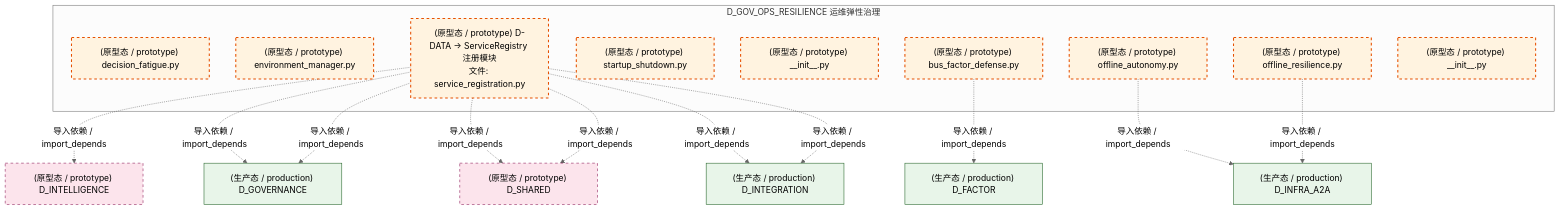
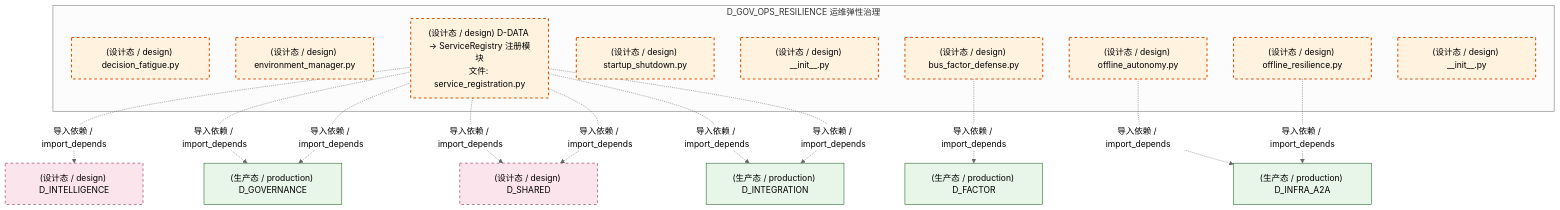
The fifth of 6 diagrams in docs/02_enterprise_architecture/02_domain_architecture_docs/17_d_gov_ops_resilience.md (xuanFelixVan/ZephyrAlpha), drawn with Mermaid (neutral theme) before and after one commit. The commit also changed other lines of this file and 177 other files, not shown here.

````diff
--- a/docs/02_enterprise_architecture/02_domain_architecture_docs/17_d_gov_ops_resilience.md
+++ b/docs/02_enterprise_architecture/02_domain_architecture_docs/17_d_gov_ops_resilience.md
@@ -569,37 +568,37 @@
 ```mermaid
 graph TD
     subgraph D_GOV_OPS_RESILIENCE["D_GOV_OPS_RESILIENCE 运维弹性治理"]
-        src_zephyr_governance_ops_governance_decision_fatigue_py["(原型态 / prototype) decision_fatigue.py"]
-        src_zephyr_governance_ops_governance_environment_manager_py["(原型态 / prototype) environment_manager.py"]
-        src_zephyr_governance_ops_governance_service_registration_py["(原型态 / prototype) D-DATA -> ServiceRegistry 注册模块<br/>文件: service_registration.py"]
-        src_zephyr_governance_ops_governance_startup_shutdown_py["(原型态 / prototype) startup_shutdown.py"]
-        src_zephyr_governance_resilience_governance_init_py["(原型态 / prototype) __init__.py"]
-        src_zephyr_governance_resilience_governance_bus_factor_defense_py["(原型态 / prototype) bus_factor_defense.py"]
-        src_zephyr_governance_resilience_governance_offline_autonomy_py["(原型态 / prototype) offline_autonomy.py"]
-        src_zephyr_governance_resilience_governance_offline_resilience_py["(原型态 / prototype) offline_resilience.py"]
-        src_zephyr_governance_security_governance_init_py["(原型态 / prototype) __init__.py"]
+        src_zephyr_governance_ops_governance_decision_fatigue_py["(设计态 / design) decision_fatigue.py"]
+        src_zephyr_governance_ops_governance_environment_manager_py["(设计态 / design) environment_manager.py"]
+        src_zephyr_governance_ops_governance_service_registration_py["(设计态 / design) D-DATA -> ServiceRegistry 注册模块<br/>文件: service_registration.py"]
+        src_zephyr_governance_ops_governance_startup_shutdown_py["(设计态 / design) startup_shutdown.py"]
+        src_zephyr_governance_resilience_governance_init_py["(设计态 / design) __init__.py"]
+        src_zephyr_governance_resilience_governance_bus_factor_defense_py["(设计态 / design) bus_factor_defense.py"]
+        src_zephyr_governance_resilience_governance_offline_autonomy_py["(设计态 / design) offline_autonomy.py"]
+        src_zephyr_governance_resilience_governance_offline_resilience_py["(设计态 / design) offline_resilience.py"]
+        src_zephyr_governance_security_governance_init_py["(设计态 / design) __init__.py"]
     end
     D_INFRA_A2A["(生产态 / production) D_INFRA_A2A"]
     src_zephyr_governance_resilience_governance_offline_autonomy_py -.->|导入依赖 / import_depends| D_INFRA_A2A
-    D_INTELLIGENCE["(原型态 / prototype) D_INTELLIGENCE"]
+    D_INTELLIGENCE["(设计态 / design) D_INTELLIGENCE"]
     src_zephyr_governance_ops_governance_service_registration_py -.->|导入依赖 / import_depends| D_INTELLIGENCE
     D_GOVERNANCE["(生产态 / production) D_GOVERNANCE"]
     src_zephyr_governance_ops_governance_service_registration_py -.->|导入依赖 / import_depends| D_GOVERNANCE
-    D_SHARED["(原型态 / prototype) D_SHARED"]
+    D_SHARED["(设计态 / design) D_SHARED"]
     src_zephyr_governance_ops_governance_service_registration_py -.->|导入依赖 / import_depends| D_SHARED
     src_zephyr_governance_ops_governance_service_registration_py -.->|导入依赖 / import_depends| D_GOVERNANCE
     src_zephyr_governance_resilience_governance_offline_resilience_py -.->|导入依赖 / import_depends| D_INFRA_A2A
     src_zephyr_governance_ops_governance_service_registration_py -.->|导入依赖 / import_depends| D_SHARED
     D_FACTOR["(生产态 / production) D_FACTOR"]
     src_zephyr_governance_resilience_governance_bus_factor_defense_py -.->|导入依赖 / import_depends| D_FACTOR
     D_INTEGRATION["(生产态 / production) D_INTEGRATION"]
     src_zephyr_governance_ops_governance_service_registration_py -.->|导入依赖 / import_depends| D_INTEGRATION
     src_zephyr_governance_ops_governance_service_registration_py -.->|导入依赖 / import_depends| D_INTEGRATION
     classDef production fill:#e1f5fe,stroke:#01579b,stroke-width:2px,color:#000
     classDef design fill:#fff3e0,stroke:#e65100,stroke-width:2px,color:#000,stroke-dasharray: 5 5
     classDef external_prod fill:#e8f5e9,stroke:#1b5e20,stroke-width:1px,color:#000
     classDef external_design fill:#fce4ec,stroke:#880e4f,stroke-width:1px,color:#000,stroke-dasharray: 5 5
     class src_zephyr_governance_ops_governance_decision_fatigue_py,src_zephyr_governance_ops_governance_environment_manager_py,src_zephyr_governance_ops_governance_service_registration_py,src_zephyr_governance_ops_governance_startup_shutdown_py,src_zephyr_governance_resilience_governance_init_py,src_zephyr_governance_resilience_governance_bus_factor_defense_py,src_zephyr_governance_resilience_governance_offline_autonomy_py,src_zephyr_governance_resilience_governance_offline_resilience_py,src_zephyr_governance_security_governance_init_py design
     class D_INFRA_A2A,D_GOVERNANCE,D_FACTOR,D_INTEGRATION external_prod
     class D_INTELLIGENCE,D_SHARED external_design
 ```
````
